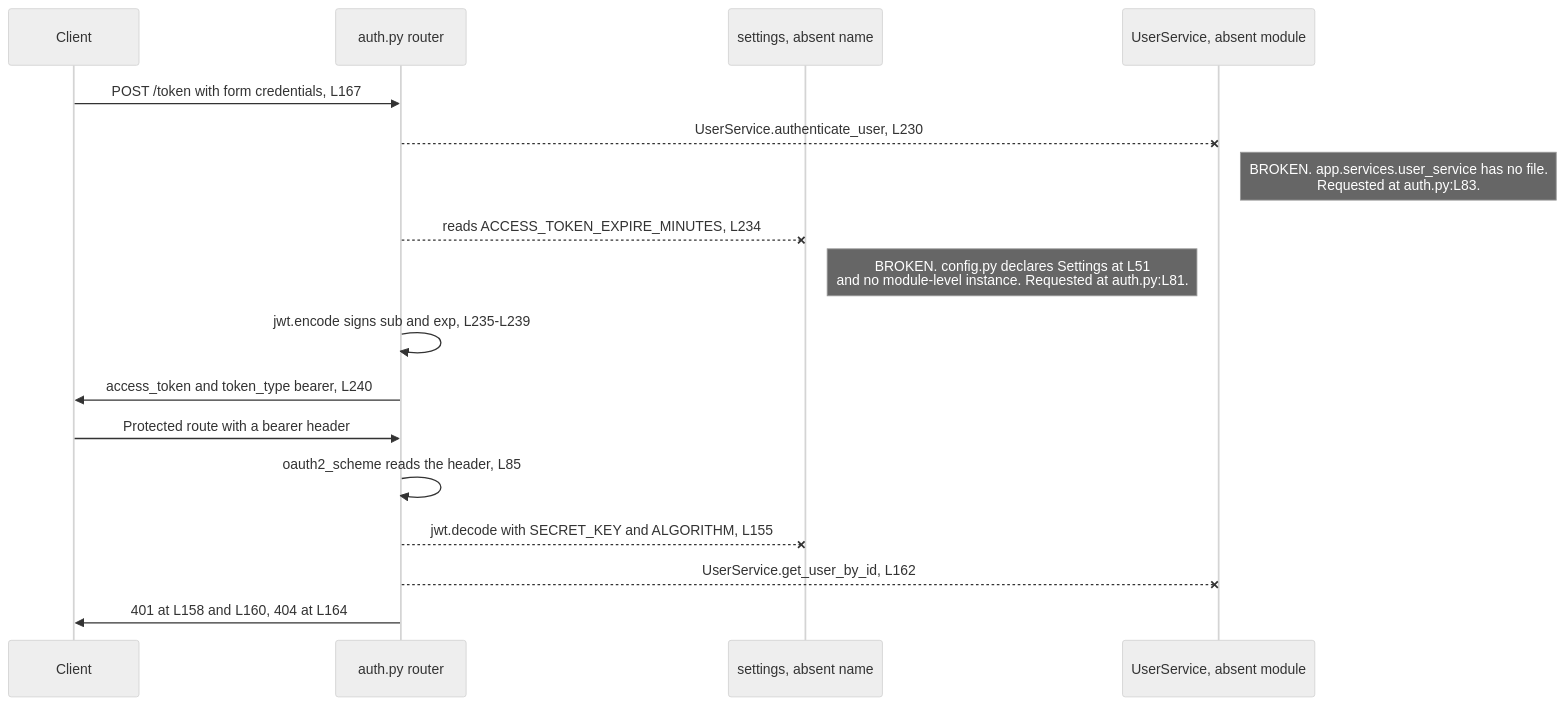
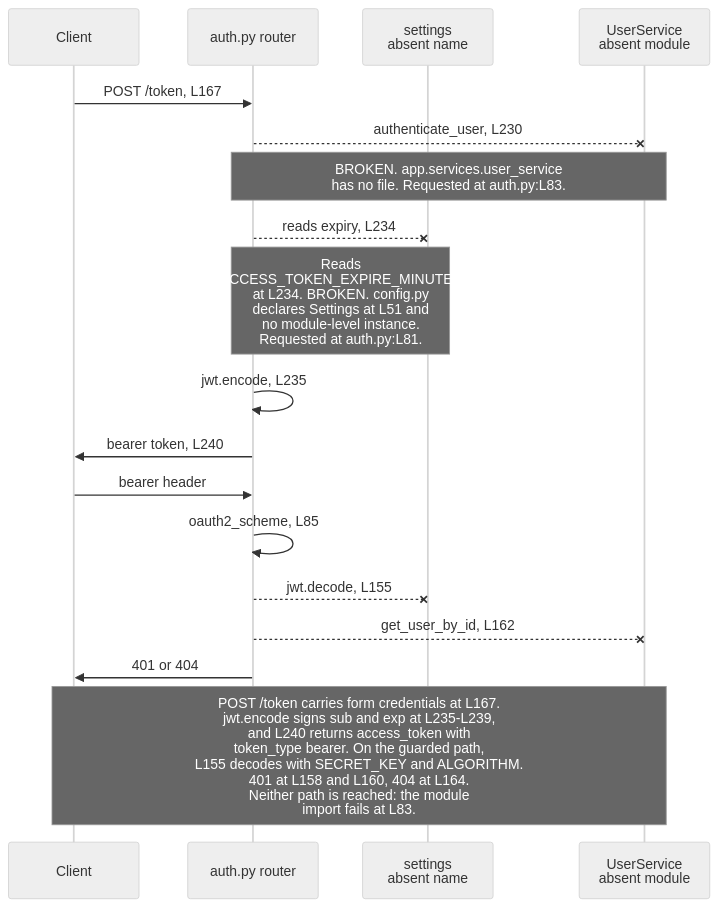
The first of 2 diagrams in backend/app/api/README.md (blitzy-public-samples/microsoft-word-u33ko0), drawn with Mermaid (neutral theme) before and after one commit. The commit also changed other lines of this file and 20 other files, not shown here.

First line of the commit message:
﻿docs: resolve QA findings on Mermaid legibility, label integrity and accessibility

````diff
--- a/backend/app/api/README.md
+++ b/backend/app/api/README.md
@@ -148,21 +148,23 @@
 ```mermaid
 sequenceDiagram
+    accTitle: Token issuance and protected-route validation in the auth router
+    accDescr: A client posts form credentials to the token route, which reaches for an absent UserService and an absent settings instance before it can sign a token. The protected-route path repeats both failures. Neither path is reached, because the module import fails at auth.py:L83.
     participant C as Client
     participant A as auth.py router
-    participant S as settings, absent name
-    participant U as UserService, absent module
+    participant S as settings<br/>absent name
+    participant U as UserService<br/>absent module
 
-    C->>A: POST /token with form credentials, L167
-    A--xU: UserService.authenticate_user, L230
-    Note right of U: BROKEN. app.services.user_service has no file.<br/>Requested at auth.py:L83.
-    A--xS: reads ACCESS_TOKEN_EXPIRE_MINUTES, L234
-    Note right of S: BROKEN. config.py declares Settings at L51<br/>and no module-level instance. Requested at auth.py:L81.
-    A->>A: jwt.encode signs sub and exp, L235-L239
-    A->>C: access_token and token_type bearer, L240
-
-    C->>A: Protected route with a bearer header
-    A->>A: oauth2_scheme reads the header, L85
-    A--xS: jwt.decode with SECRET_KEY and ALGORITHM, L155
-    A--xU: UserService.get_user_by_id, L162
-    A->>C: 401 at L158 and L160, 404 at L164
+    C->>A: POST /token, L167
+    A--xU: authenticate_user, L230
+    Note over A,U: BROKEN. app.services.user_service<br/>has no file. Requested at auth.py:L83.
+    A--xS: reads expiry, L234
+    Note over A,S: Reads<br/>ACCESS_TOKEN_EXPIRE_MINUTES<br/>at L234. BROKEN. config.py<br/>declares Settings at L51 and<br/>no module-level instance.<br/>Requested at auth.py:L81.
+    A->>A: jwt.encode, L235
+    A->>C: bearer token, L240
+    C->>A: bearer header
+    A->>A: oauth2_scheme, L85
+    A--xS: jwt.decode, L155
+    A--xU: get_user_by_id, L162
+    A->>C: 401 or 404
+    Note over C,U: POST /token carries form credentials at L167.<br/>jwt.encode signs sub and exp at L235-L239,<br/>and L240 returns access_token with<br/>token_type bearer. On the guarded path,<br/>L155 decodes with SECRET_KEY and ALGORITHM.<br/>401 at L158 and L160, 404 at L164.<br/>Neither path is reached: the module<br/>import fails at L83.
 ```
````
